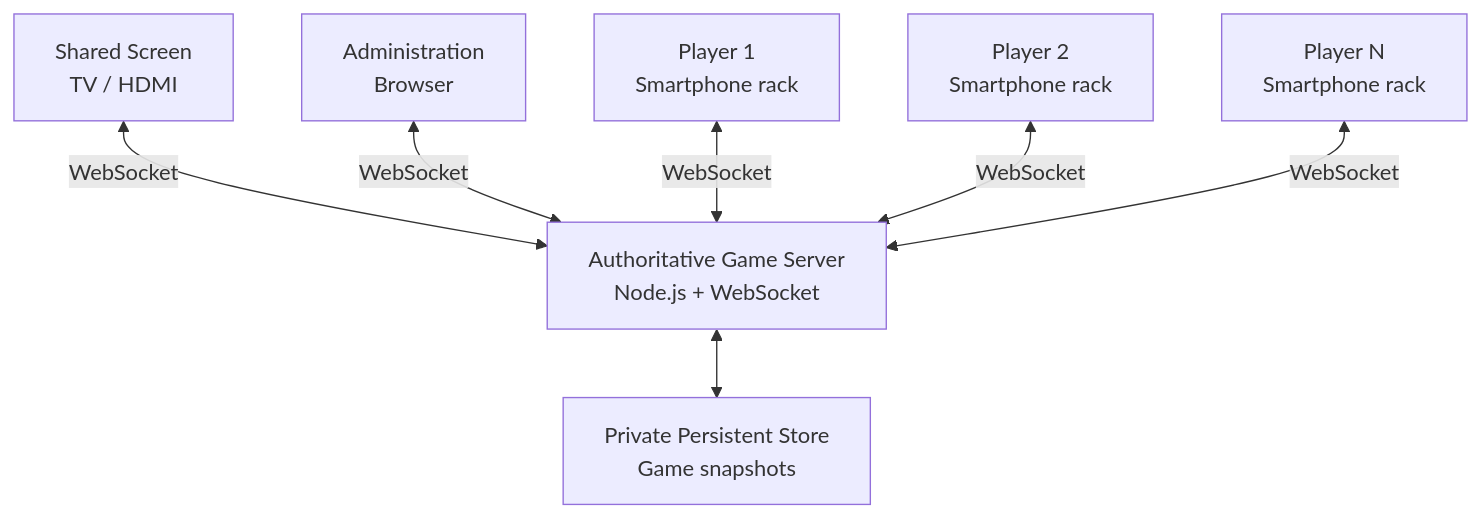
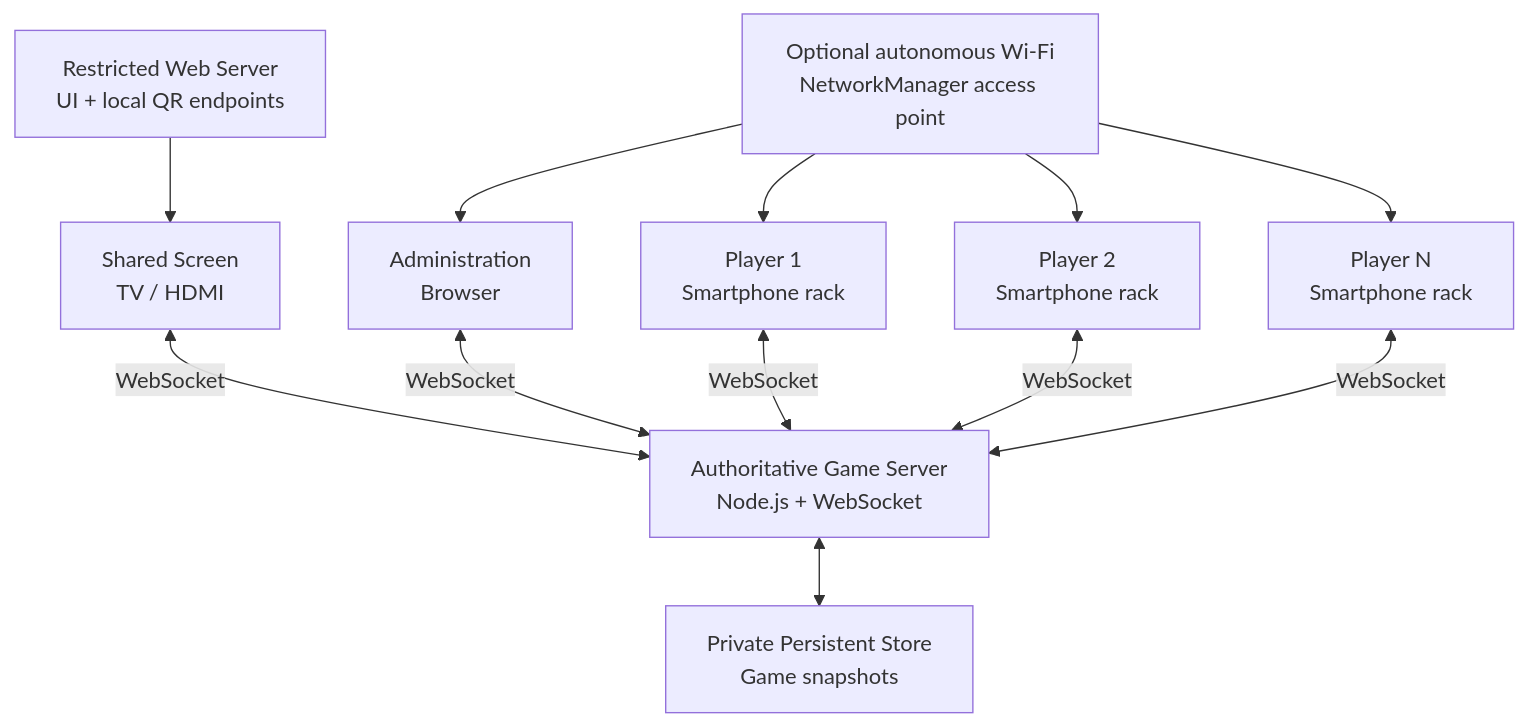
Before and after one commit to EfcyLab/electronic-scrabble: the first of 2 diagrams in README.md, drawn with Mermaid. The commit also changed other lines of this file and 22 other files, not shown here.

````diff
--- a/README.md
+++ b/README.md
@@ -33,17 +35,24 @@
 ```mermaid
 flowchart TB
-    Server["Authoritative Game Server\nNode.js + WebSocket"]
-    Store["Private Persistent Store\nGame snapshots"]
-    Screen["Shared Screen\nTV / HDMI"]
-    Admin["Administration\nBrowser"]
-    P1["Player 1\nSmartphone rack"]
-    P2["Player 2\nSmartphone rack"]
-    PN["Player N\nSmartphone rack"]
+    AP["Optional autonomous Wi-Fi<br/>NetworkManager access point"]
+    Server["Authoritative Game Server<br/>Node.js + WebSocket"]
+    Store["Private Persistent Store<br/>Game snapshots"]
+    Web["Restricted Web Server<br/>UI + local QR endpoints"]
+    Screen["Shared Screen<br/>TV / HDMI"]
+    Admin["Administration<br/>Browser"]
+    P1["Player 1<br/>Smartphone rack"]
+    P2["Player 2<br/>Smartphone rack"]
+    PN["Player N<br/>Smartphone rack"]
 
     Server <--> Store
+    Web --> Screen
+    AP --> Admin
+    AP --> P1
+    AP --> P2
+    AP --> PN
     Screen <-->|WebSocket| Server
     Admin <-->|WebSocket| Server
     P1 <-->|WebSocket| Server
     P2 <-->|WebSocket| Server
     PN <-->|WebSocket| Server
 ```
````
